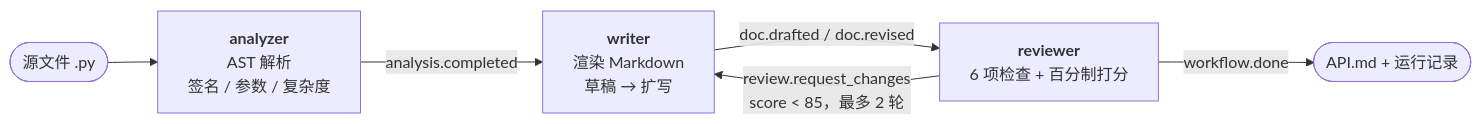
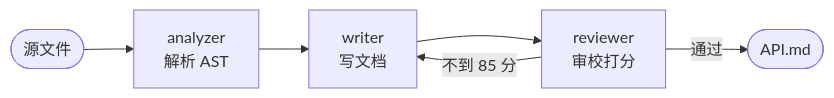
Before and after one commit to yuzhe0316/hw2-workflow-mvp: the diagram in README.md, drawn with Mermaid. The commit also changed other lines of this file and 12 other files, not shown here.

````diff
--- a/README.md
+++ b/README.md
@@ -60,8 +41,8 @@
 ```mermaid
 flowchart LR
-    S([源文件 .py]) --> A["<b>analyzer</b><br/>AST 解析<br/>签名 / 参数 / 复杂度"]
-    A -- "analysis.completed" --> W["<b>writer</b><br/>渲染 Markdown<br/>草稿 → 扩写"]
-    W -- "doc.drafted / doc.revised" --> R["<b>reviewer</b><br/>6 项检查 + 百分制打分"]
-    R -- "review.request_changes<br/>score < 85，最多 2 轮" --> W
-    R -- "workflow.done" --> E([API.md + 运行记录])
+    S([源文件]) --> A[analyzer<br/>解析 AST]
+    A --> W[writer<br/>写文档]
+    W --> R[reviewer<br/>审校打分]
+    R -- 不到 85 分 --> W
+    R -- 通过 --> E([API.md])
 ```
````
